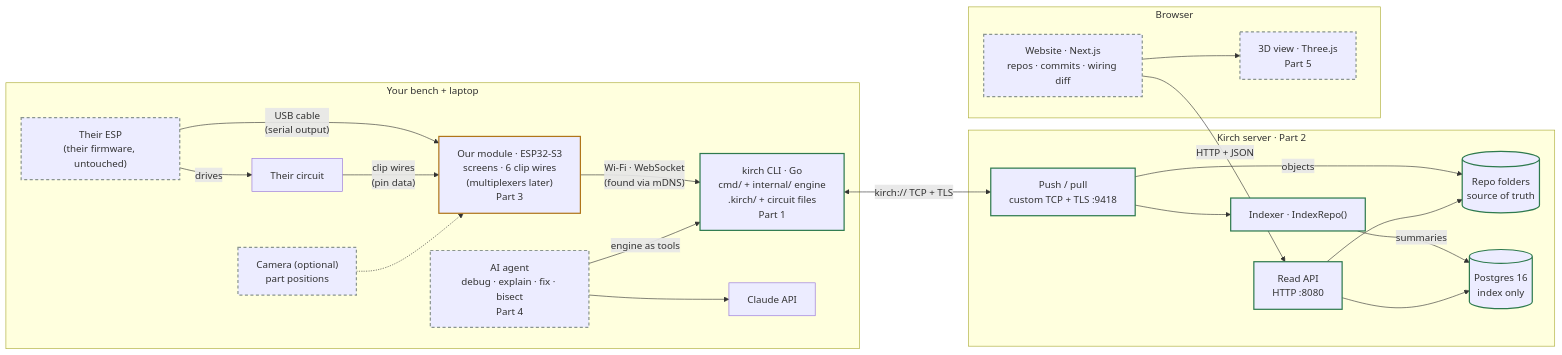
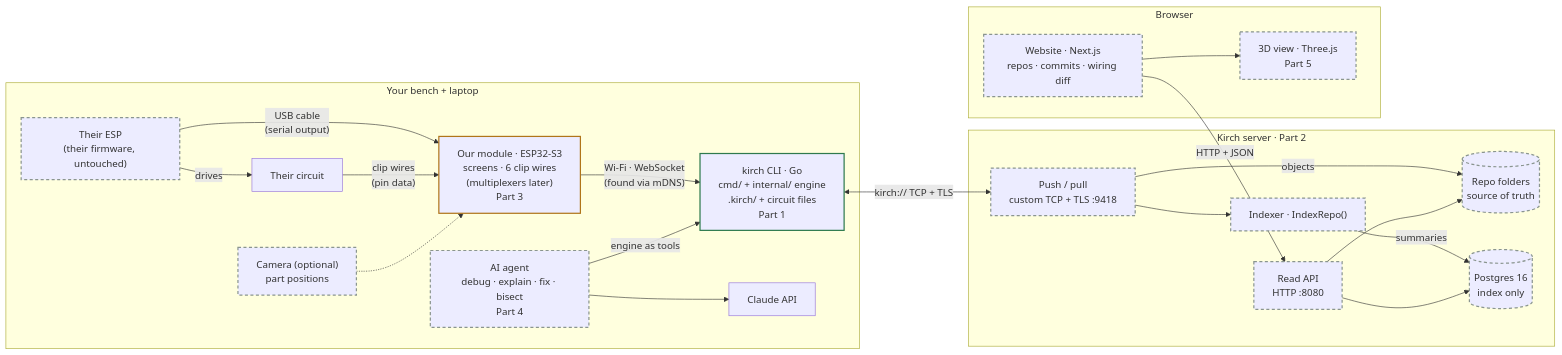
Before and after one commit to Kirch-log/Kirch: the diagram in README.md, drawn with Mermaid. The commit also changed other lines of this file and 1 other file, not shown here.

Commit message:
Plan: module screens built; tap wire for the FPGA test circuit

````diff
--- a/README.md
+++ b/README.md
@@ -18,49 +18,48 @@
 ```mermaid
 flowchart LR
   subgraph bench["Your bench + laptop"]
     board["Their circuit"]
     their["Their ESP<br/>(their firmware, untouched)"]
     probe["Our module · ESP32-S3<br/>screens · 6 clip wires<br/>(multiplexers later)<br/>Part 3"]
     cam["Camera (optional)<br/>part positions"]
     cli["kirch CLI · Go<br/>cmd/ + internal/ engine<br/>.kirch/ + circuit files<br/>Part 1"]
     agent["AI agent<br/>debug · explain · fix · bisect<br/>Part 4"]
     claude["Claude API"]
   end
 
   subgraph server["Kirch server · Part 2"]
     push["Push / pull<br/>custom TCP + TLS :9418"]
     indexer["Indexer · IndexRepo()"]
     api["Read API<br/>HTTP :8080"]
     repos[("Repo folders<br/>source of truth")]
     pg[("Postgres 16<br/>index only")]
   end
 
   subgraph browser["Browser"]
     web["Website · Next.js<br/>repos · commits · wiring diff"]
     view3d["3D view · Three.js<br/>Part 5"]
   end
 
   their -- drives --> board
   their -- "USB cable<br/>(serial output)" --> probe
   board -- "clip wires<br/>(pin data)" --> probe
   cam -.-> probe
   probe -- "Wi-Fi · WebSocket<br/>(found via mDNS)" --> cli
   agent -- "engine as tools" --> cli
   agent --> claude
   cli <-- "kirch:// TCP + TLS" --> push
   push -- objects --> repos
   push --> indexer
   indexer -- summaries --> pg
   api --> pg
   api --> repos
   web -- HTTP + JSON --> api
   web --> view3d
 
   classDef built stroke:#2E7A4E,stroke-width:2px
   classDef wip stroke:#B0751A,stroke-width:2px
   classDef plan stroke:#8A958F,stroke-width:2px,stroke-dasharray:5 4
   class cli built
   class probe wip
-  class push,indexer,api,repos,pg built
-  class agent,web,view3d,their,cam plan
+  class agent,push,indexer,api,repos,pg,web,view3d,their,cam plan
 ```
````
